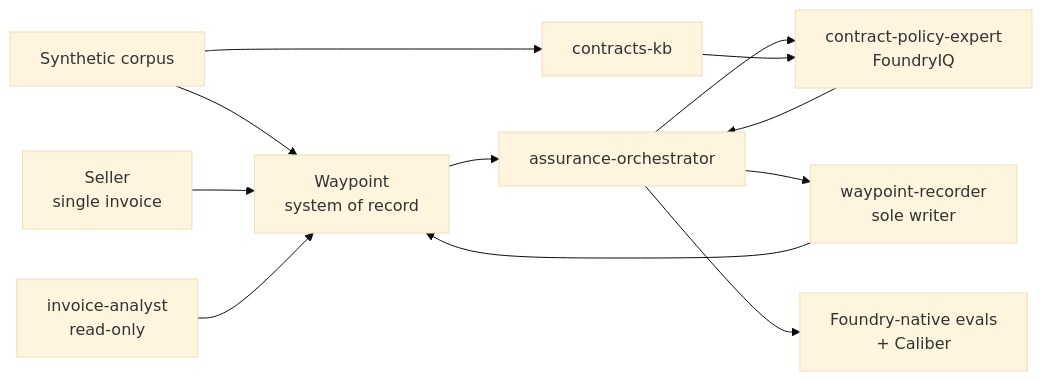
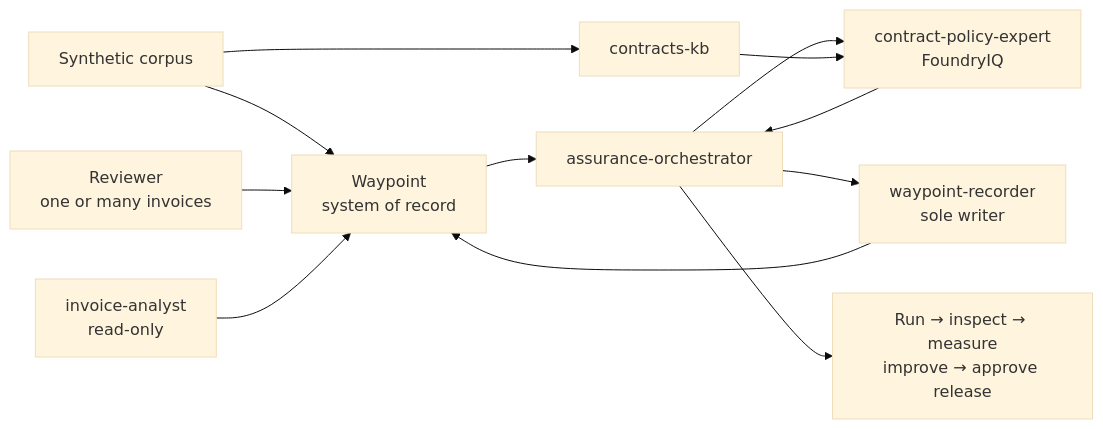
The diagram in docs/architecture.md (caldova/waypoint), drawn with Mermaid (base theme) before and after one commit. The commit also changed other lines of this file and 21 other files, not shown here.

````diff
--- a/docs/architecture.md
+++ b/docs/architecture.md
@@ -22,14 +22,14 @@
 ```mermaid
 flowchart LR
     Corpus[Synthetic corpus] --> App[Waypoint<br/>system of record]
     Corpus --> KB[contracts-kb]
-    Seller[Seller<br/>single invoice] --> App
+    Reviewer[Reviewer<br/>one or many invoices] --> App
     Analyst[invoice-analyst<br/>read-only] --> App
     App --> Orchestrator[assurance-orchestrator]
     Orchestrator --> Expert[contract-policy-expert<br/>FoundryIQ]
     KB --> Expert
     Expert --> Orchestrator
     Orchestrator --> Recorder[waypoint-recorder<br/>sole writer]
     Recorder --> App
-    Orchestrator --> Quality[Foundry-native evals<br/>+ Caliber]
+    Orchestrator --> Quality[Run → inspect → measure<br/>improve → approve release]
 ```
````
